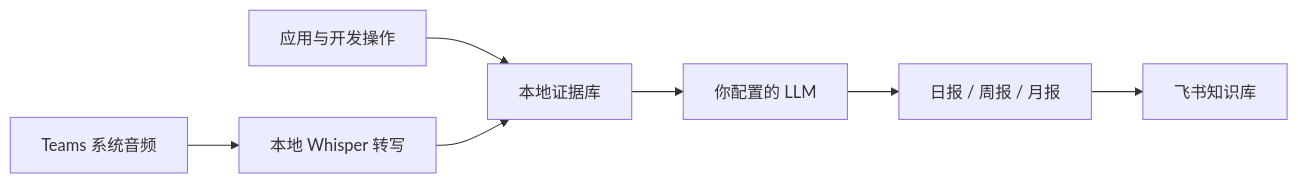
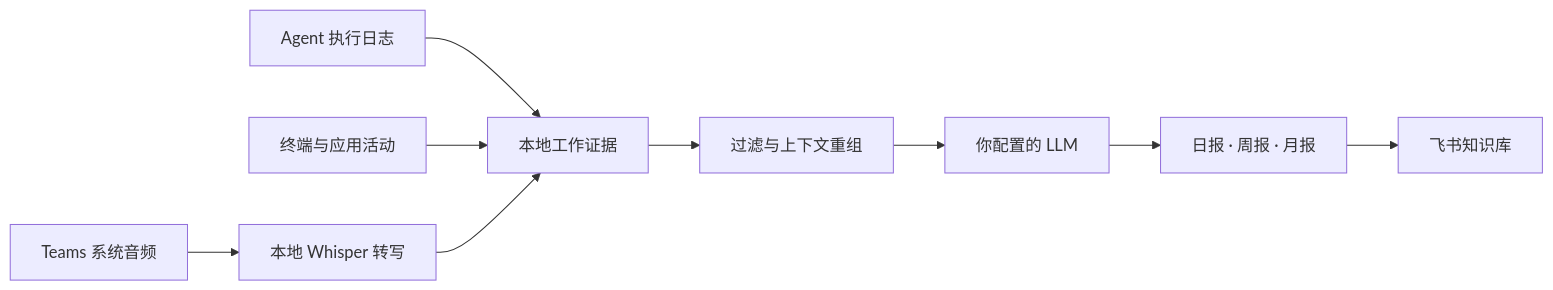
One commit to dedarek/ai-human-daily-worklog changed the diagram in README.md. Above: the diagram before and after it, drawn with Mermaid. The commit also changed other lines of this file and 1 other file, not shown here.

````diff
--- a/README.md
+++ b/README.md
@@ -50,9 +87,11 @@
 ```mermaid
 flowchart LR
-    A["应用与开发操作"] --> D["本地证据库"]
-    B["Teams 系统音频"] --> C["本地 Whisper 转写"]
-    C --> D
-    D --> E["你配置的 LLM"]
-    E --> F["日报 / 周报 / 月报"]
-    F --> G["飞书知识库"]
+    A["Agent 执行日志"] --> E["本地工作证据"]
+    B["终端与应用活动"] --> E
+    C["Teams 系统音频"] --> D["本地 Whisper 转写"]
+    D --> E
+    E --> F["过滤与上下文重组"]
+    F --> G["你配置的 LLM"]
+    G --> H["日报 · 周报 · 月报"]
+    H --> I["飞书知识库"]
 ```
````
